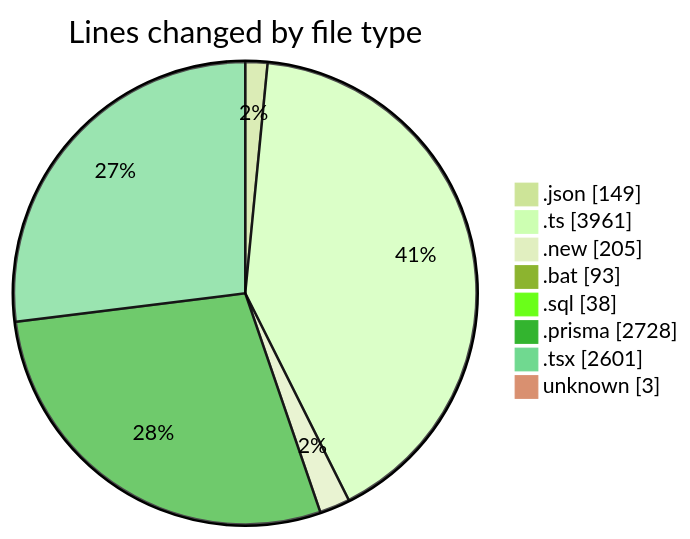
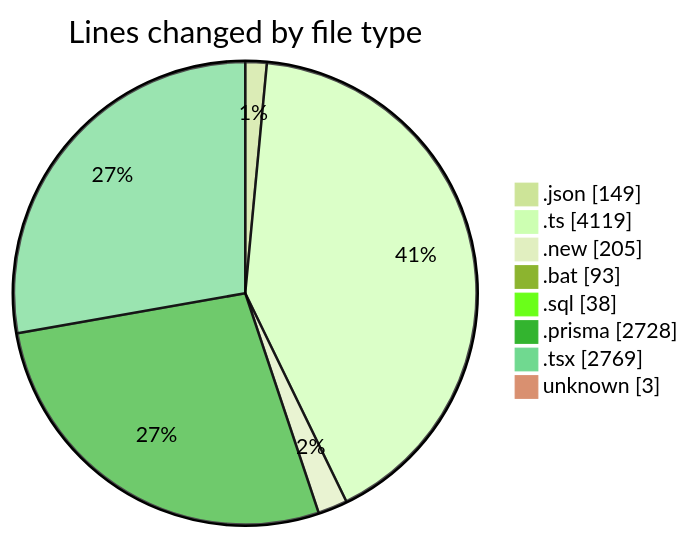
Before and after one commit to CELIANVF/code-tracking: the first of 2 diagrams in 2025-05-20/ecodeli-1/README.md, drawn with Mermaid (forest theme). The commit also changed other lines of this file and 1 other file, not shown here.

````diff
--- a/2025-05-20/ecodeli-1/README.md
+++ b/2025-05-20/ecodeli-1/README.md
@@ -54,12 +57,12 @@
 ```mermaid
 pie showData
 title Lines changed by file type
 ".json" : 149
-".ts" : 3961
+".ts" : 4119
 ".new" : 205
 ".bat" : 93
 ".sql" : 38
 ".prisma" : 2728
-".tsx" : 2601
+".tsx" : 2769
 "unknown" : 3
 ```
````
